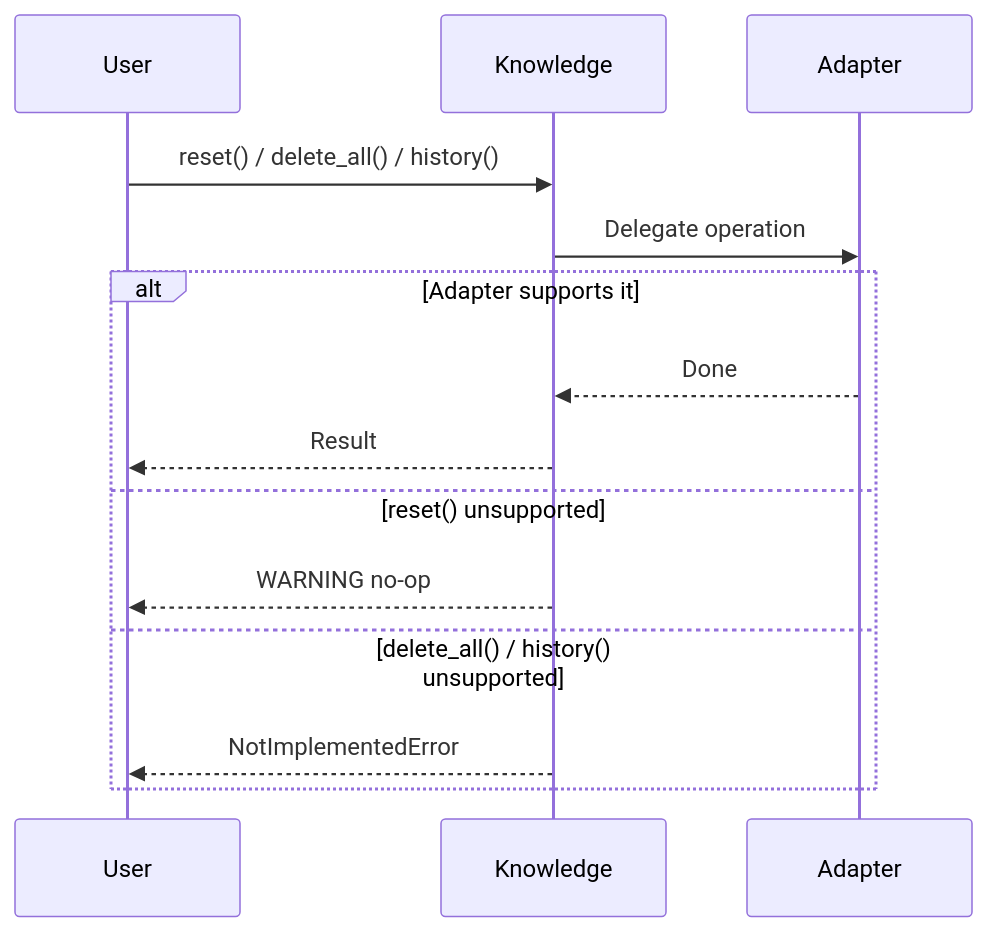
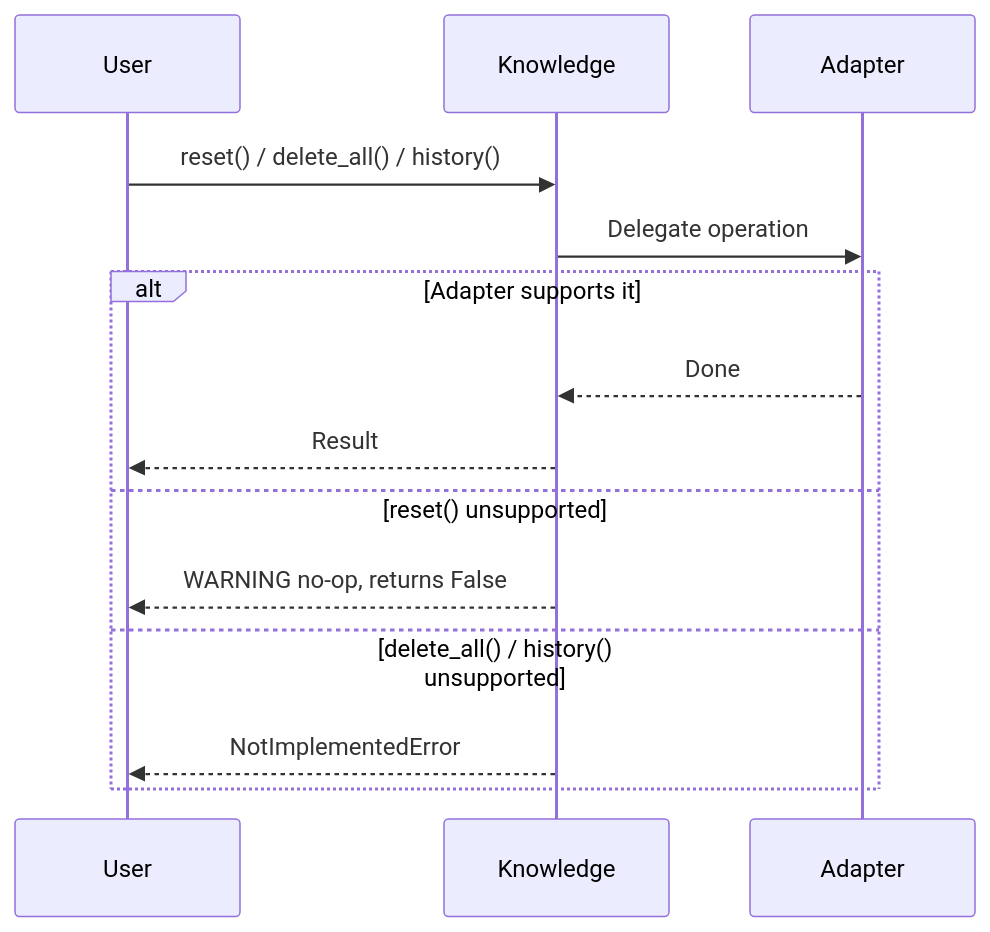
The second of 2 diagrams in docs/knowledge/erasure.mdx (MervinPraison/PraisonAIDocs), drawn with Mermaid before and after one commit. The commit also changed other lines of this file and 1 other file, not shown here.

Commit message:
docs: update Knowledge.reset() and knowledge.clear semantics after PR #4991 (fixes #4030)

````diff
--- a/docs/knowledge/erasure.mdx
+++ b/docs/knowledge/erasure.mdx
@@ -74,17 +74,17 @@
 ```mermaid
 sequenceDiagram
     participant User
     participant Knowledge
     participant Adapter
 
     User->>Knowledge: reset() / delete_all() / history()
     Knowledge->>Adapter: Delegate operation
     alt Adapter supports it
         Adapter-->>Knowledge: Done
         Knowledge-->>User: Result
     else reset() unsupported
-        Knowledge-->>User: WARNING no-op
+        Knowledge-->>User: WARNING no-op, returns False
     else delete_all() / history() unsupported
         Knowledge-->>User: NotImplementedError
     end
 ```
````
